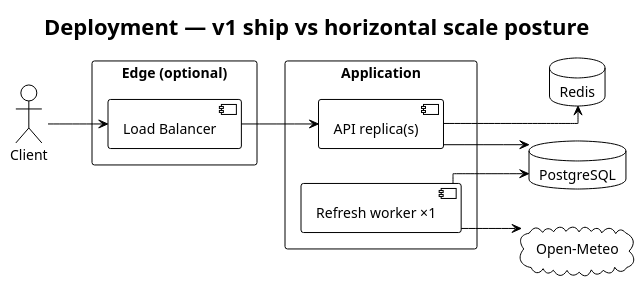
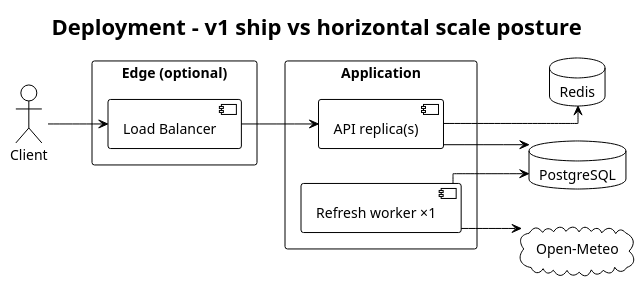
One commit to Takadza/weather-activity-ranking-service changed the diagram in docs/diagrams/02-deployment.puml. Above: the diagram before and after it, drawn with PlantUML. The commit also changed 31 other files, not shown here.

```diff
--- a/docs/diagrams/02-deployment.puml
+++ b/docs/diagrams/02-deployment.puml
@@ -1,27 +1,27 @@
 @startuml 02-deployment
 ' Presentation artifact: docs/diagrams/02-deployment.svg (hand-authored for GitHub).
 !theme plain
 skinparam linetype ortho
 left to right direction
-title Deployment — v1 ship vs horizontal scale posture
+title Deployment - v1 ship vs horizontal scale posture
 
 actor Client
 rectangle "Edge (optional)" {
   component "Load Balancer" as LB
 }
 rectangle "Application" {
   component "API replica(s)" as API
   component "Refresh worker ×1" as Worker
 }
 database "PostgreSQL" as PG
 database "Redis" as RD
 cloud "Open-Meteo" as OM
 
 Client --> LB
 LB --> API
 API --> PG
 API --> RD
 Worker --> PG
 Worker --> OM
 
 @enduml
```
